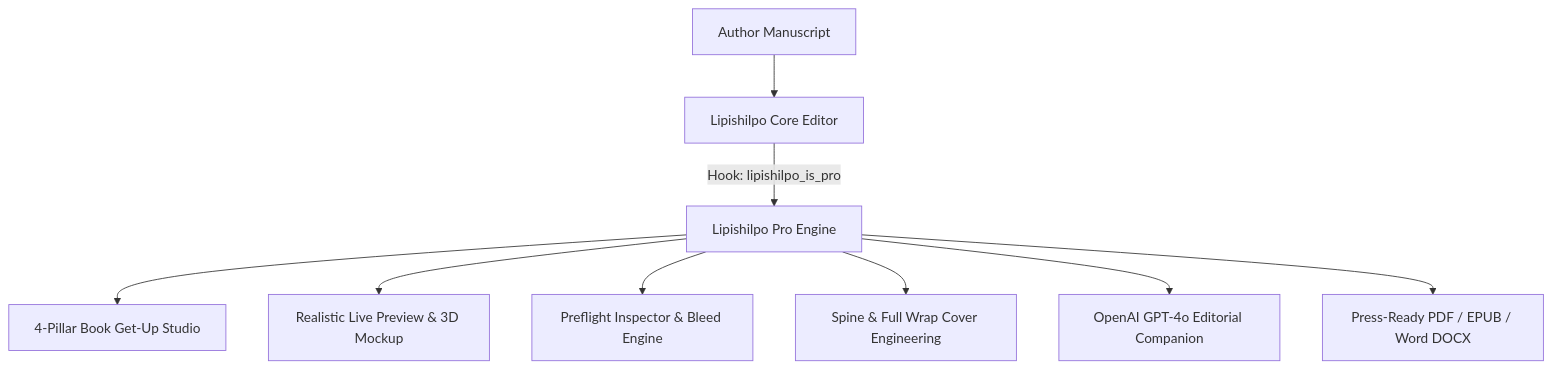
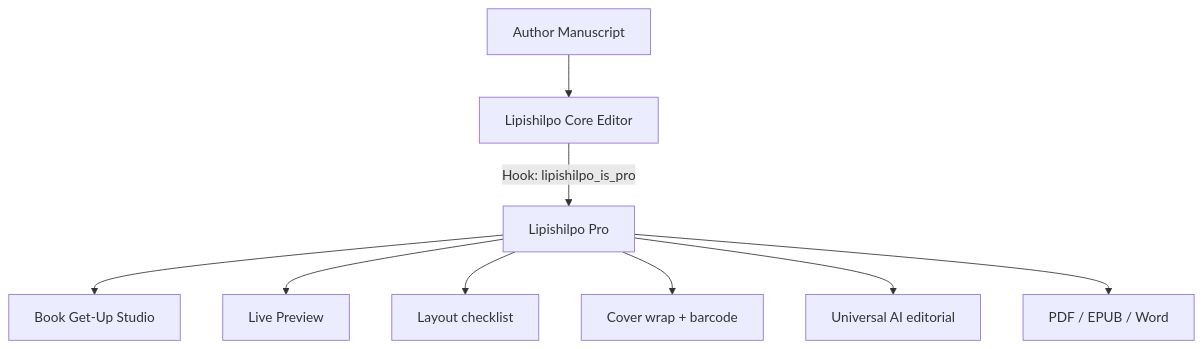
Before and after one commit to itsmanzur/lipishilpo-pro: the diagram in PRO_FEATURES.md, drawn with Mermaid. The commit also changed other lines of this file and 24 other files, not shown here.

First line of the commit message:
feat(studio): embed chosen fonts and cover art

````diff
--- a/PRO_FEATURES.md
+++ b/PRO_FEATURES.md
@@ -16,11 +17,11 @@
 ```mermaid
 graph TD
     A[Author Manuscript] --> B[Lipishilpo Core Editor]
-    B -->|Hook: lipishilpo_is_pro| C[Lipishilpo Pro Engine]
-    C --> D[4-Pillar Book Get-Up Studio]
-    C --> E[Realistic Live Preview & 3D Mockup]
-    C --> F[Preflight Inspector & Bleed Engine]
-    C --> G[Spine & Full Wrap Cover Engineering]
-    C --> H[OpenAI GPT-4o Editorial Companion]
-    C --> I[Press-Ready PDF / EPUB / Word DOCX]
+    B -->|Hook: lipishilpo_is_pro| C[Lipishilpo Pro]
+    C --> D[Book Get-Up Studio]
+    C --> E[Live Preview]
+    C --> F[Layout checklist]
+    C --> G[Cover wrap + barcode]
+    C --> H[Universal AI editorial]
+    C --> I[PDF / EPUB / Word]
 ```
````
